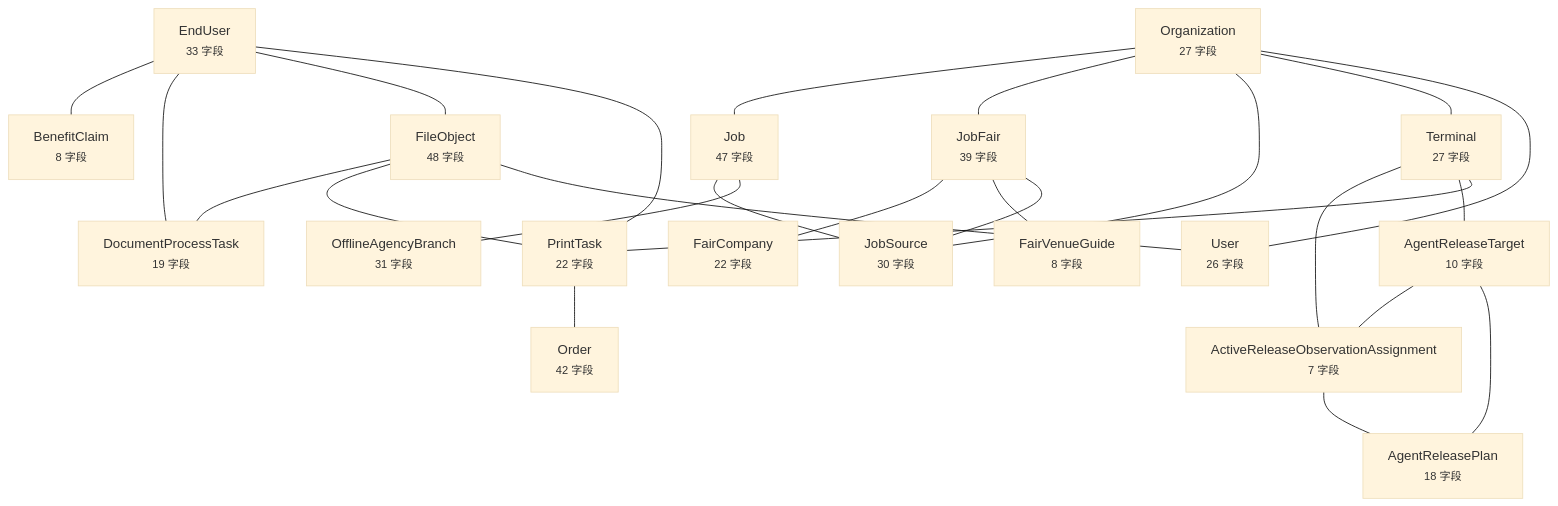
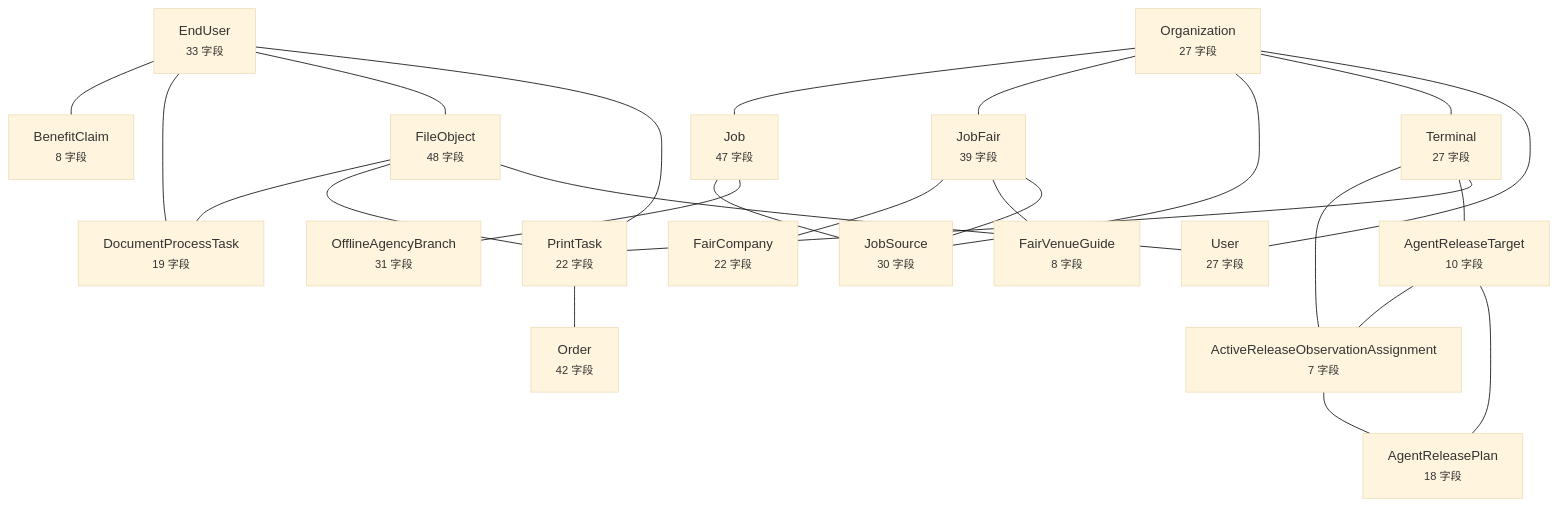
The diagram in docs/graph/data-model.md (wanglei581/YITIJI), drawn with Mermaid (base theme) before and after one commit. The commit also changed other lines of this file and 26 other files, not shown here.

````diff
--- a/docs/graph/data-model.md
+++ b/docs/graph/data-model.md
@@ -10,45 +10,45 @@
 ```mermaid
 flowchart TD
   EndUser["EndUser<br/><small>33 字段</small>"]
   Organization["Organization<br/><small>27 字段</small>"]
   Terminal["Terminal<br/><small>27 字段</small>"]
   FileObject["FileObject<br/><small>48 字段</small>"]
   Job["Job<br/><small>47 字段</small>"]
   JobFair["JobFair<br/><small>39 字段</small>"]
   JobSource["JobSource<br/><small>30 字段</small>"]
-  User["User<br/><small>26 字段</small>"]
+  User["User<br/><small>27 字段</small>"]
   PrintTask["PrintTask<br/><small>22 字段</small>"]
   AgentReleaseTarget["AgentReleaseTarget<br/><small>10 字段</small>"]
   Order["Order<br/><small>42 字段</small>"]
   ActiveReleaseObservationAssignment["ActiveReleaseObservationAssignment<br/><small>7 字段</small>"]
   AgentReleasePlan["AgentReleasePlan<br/><small>18 字段</small>"]
   BenefitClaim["BenefitClaim<br/><small>8 字段</small>"]
   DocumentProcessTask["DocumentProcessTask<br/><small>19 字段</small>"]
   FairCompany["FairCompany<br/><small>22 字段</small>"]
   FairVenueGuide["FairVenueGuide<br/><small>8 字段</small>"]
   OfflineAgencyBranch["OfflineAgencyBranch<br/><small>31 字段</small>"]
   EndUser --- BenefitClaim
   EndUser --- DocumentProcessTask
   EndUser --- FileObject
   EndUser --- PrintTask
   Organization --- Job
   Organization --- JobFair
   Organization --- JobSource
   Organization --- Terminal
   Organization --- User
   Terminal --- ActiveReleaseObservationAssignment
   Terminal --- AgentReleaseTarget
   Terminal --- PrintTask
   FileObject --- DocumentProcessTask
   FileObject --- PrintTask
   FileObject --- User
   Job --- JobSource
   Job --- OfflineAgencyBranch
   JobFair --- FairCompany
   JobFair --- FairVenueGuide
   JobFair --- JobSource
   PrintTask --- Order
   AgentReleaseTarget --- ActiveReleaseObservationAssignment
   AgentReleaseTarget --- AgentReleasePlan
   ActiveReleaseObservationAssignment --- AgentReleasePlan
 ```
````
